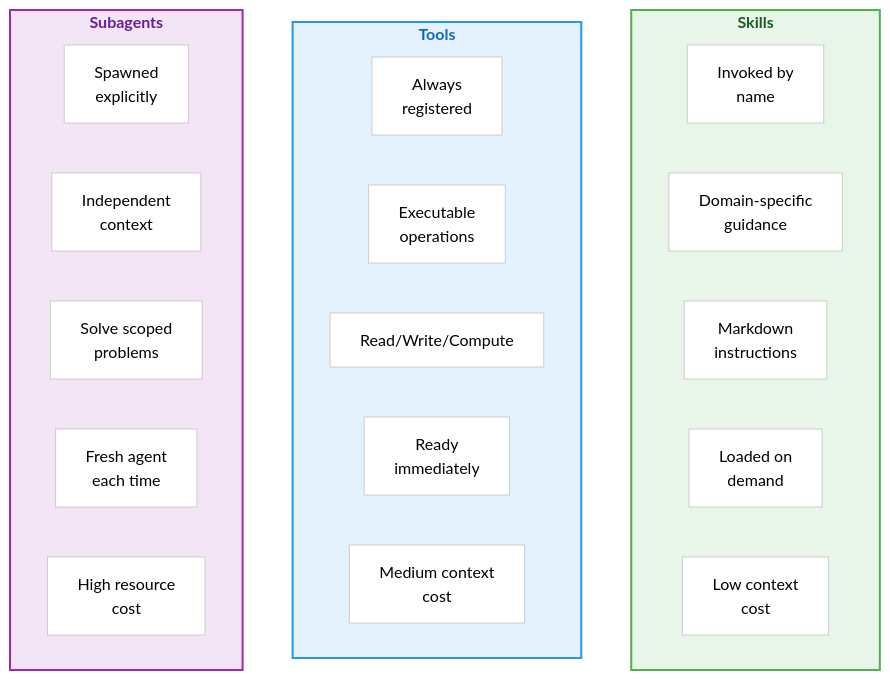
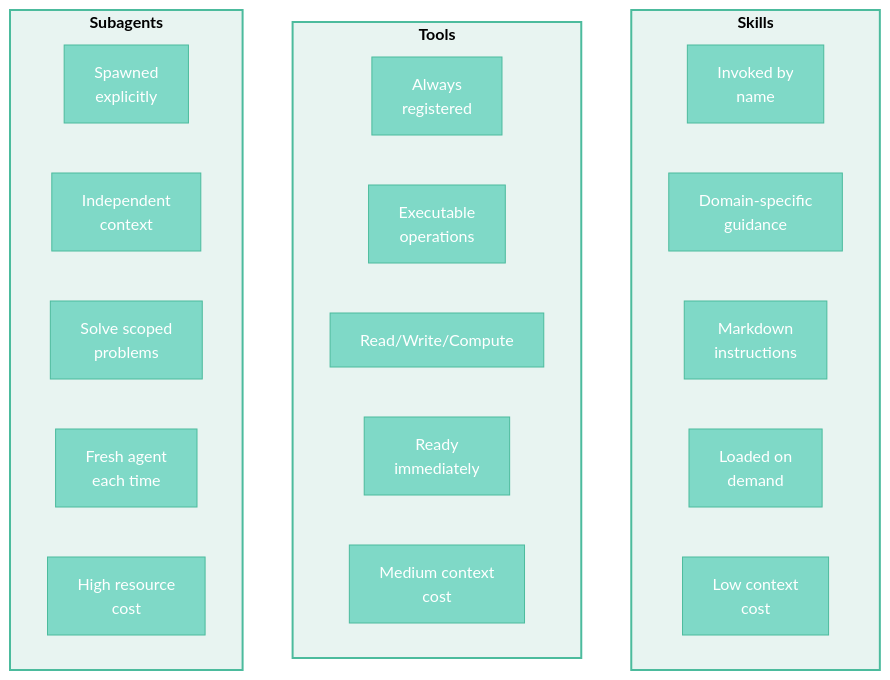
One commit to mjfrigaard/shiny-app-pkgs changed the third of 3 diagrams in btw.qmd. Above: the diagram before and after it, drawn with Mermaid. The commit also changed other lines of this file, not shown here.

Commit message:
Style all 3 mermaid diagrams in btw.qmd with teal palette
- Agents vs. subagents workflow
- Subagent call flow
- Skills vs. Tools vs. Subagents comparison

Applied consistent teal/light-teal/container styling.

````diff
--- a/btw.qmd
+++ b/btw.qmd
@@ -700,48 +710,48 @@
 ```{mermaid}
 %%| fig-cap: 'Skills vs. Tools vs. Subagents in btw'
 %%| fig-align: center
 %%{init: {'theme': 'base', 'themeVariables': { 'fontFamily': 'monospace', "darkMode":true}}}}%%
 
 flowchart TB
     subgraph Skills["<strong>Skills</strong>"]
         S1["Invoked by<br>name"]
         S2["Domain-specific<br>guidance"]
         S3["Markdown<br>instructions"]
         S4["Loaded on<br>demand"]
         S5["Low context<br>cost"]
     end
     subgraph Tools["<strong>Tools</strong>"]
         T1["Always<br>registered"]
         T2["Executable<br>operations"]
         T3["Read/Write/Compute"]
         T4["Ready<br>immediately"]
         T5["Medium context<br>cost"]
     end
     subgraph Subagents["<strong>Subagents</strong>"]
         A1["Spawned<br>explicitly"]
         A2["Independent<br>context"]
         A3["Solve scoped<br>problems"]
         A4["Fresh agent<br>each time"]
         A5["High resource<br>cost"]
     end
 
-    style Skills fill:#E8F5E9,color:#1B5E20,stroke:#4CAF50,stroke-width:2px
-    style Tools fill:#E3F2FD,color:#1565C0,stroke:#2196F3,stroke-width:2px
-    style Subagents fill:#F3E5F5,color:#6A1B9A,stroke:#9C27B0,stroke-width:2px
-    style S1 fill:#FFFFFF,color:#000000,stroke:#CCCCCC,stroke-width:1px
-    style S2 fill:#FFFFFF,color:#000000,stroke:#CCCCCC,stroke-width:1px
-    style S3 fill:#FFFFFF,color:#000000,stroke:#CCCCCC,stroke-width:1px
-    style S4 fill:#FFFFFF,color:#000000,stroke:#CCCCCC,stroke-width:1px
-    style S5 fill:#FFFFFF,color:#000000,stroke:#CCCCCC,stroke-width:1px
-    style T1 fill:#FFFFFF,color:#000000,stroke:#CCCCCC,stroke-width:1px
-    style T2 fill:#FFFFFF,color:#000000,stroke:#CCCCCC,stroke-width:1px
-    style T3 fill:#FFFFFF,color:#000000,stroke:#CCCCCC,stroke-width:1px
-    style T4 fill:#FFFFFF,color:#000000,stroke:#CCCCCC,stroke-width:1px
-    style T5 fill:#FFFFFF,color:#000000,stroke:#CCCCCC,stroke-width:1px
-    style A1 fill:#FFFFFF,color:#000000,stroke:#CCCCCC,stroke-width:1px
-    style A2 fill:#FFFFFF,color:#000000,stroke:#CCCCCC,stroke-width:1px
-    style A3 fill:#FFFFFF,color:#000000,stroke:#CCCCCC,stroke-width:1px
-    style A4 fill:#FFFFFF,color:#000000,stroke:#CCCCCC,stroke-width:1px
-    style A5 fill:#FFFFFF,color:#000000,stroke:#CCCCCC,stroke-width:1px
+    style Skills fill:#e8f4f1,color:#000,stroke:#4CBB9D,stroke-width:2px
+    style Tools fill:#e8f4f1,color:#000,stroke:#4CBB9D,stroke-width:2px
+    style Subagents fill:#e8f4f1,color:#000,stroke:#4CBB9D,stroke-width:2px
+    style S1 fill:#7fd9c7,color:#fff,stroke:#4CBB9D,stroke-width:1px
+    style S2 fill:#7fd9c7,color:#fff,stroke:#4CBB9D,stroke-width:1px
+    style S3 fill:#7fd9c7,color:#fff,stroke:#4CBB9D,stroke-width:1px
+    style S4 fill:#7fd9c7,color:#fff,stroke:#4CBB9D,stroke-width:1px
+    style S5 fill:#7fd9c7,color:#fff,stroke:#4CBB9D,stroke-width:1px
+    style T1 fill:#7fd9c7,color:#fff,stroke:#4CBB9D,stroke-width:1px
+    style T2 fill:#7fd9c7,color:#fff,stroke:#4CBB9D,stroke-width:1px
+    style T3 fill:#7fd9c7,color:#fff,stroke:#4CBB9D,stroke-width:1px
+    style T4 fill:#7fd9c7,color:#fff,stroke:#4CBB9D,stroke-width:1px
+    style T5 fill:#7fd9c7,color:#fff,stroke:#4CBB9D,stroke-width:1px
+    style A1 fill:#7fd9c7,color:#fff,stroke:#4CBB9D,stroke-width:1px
+    style A2 fill:#7fd9c7,color:#fff,stroke:#4CBB9D,stroke-width:1px
+    style A3 fill:#7fd9c7,color:#fff,stroke:#4CBB9D,stroke-width:1px
+    style A4 fill:#7fd9c7,color:#fff,stroke:#4CBB9D,stroke-width:1px
+    style A5 fill:#7fd9c7,color:#fff,stroke:#4CBB9D,stroke-width:1px
 
 ```
````
